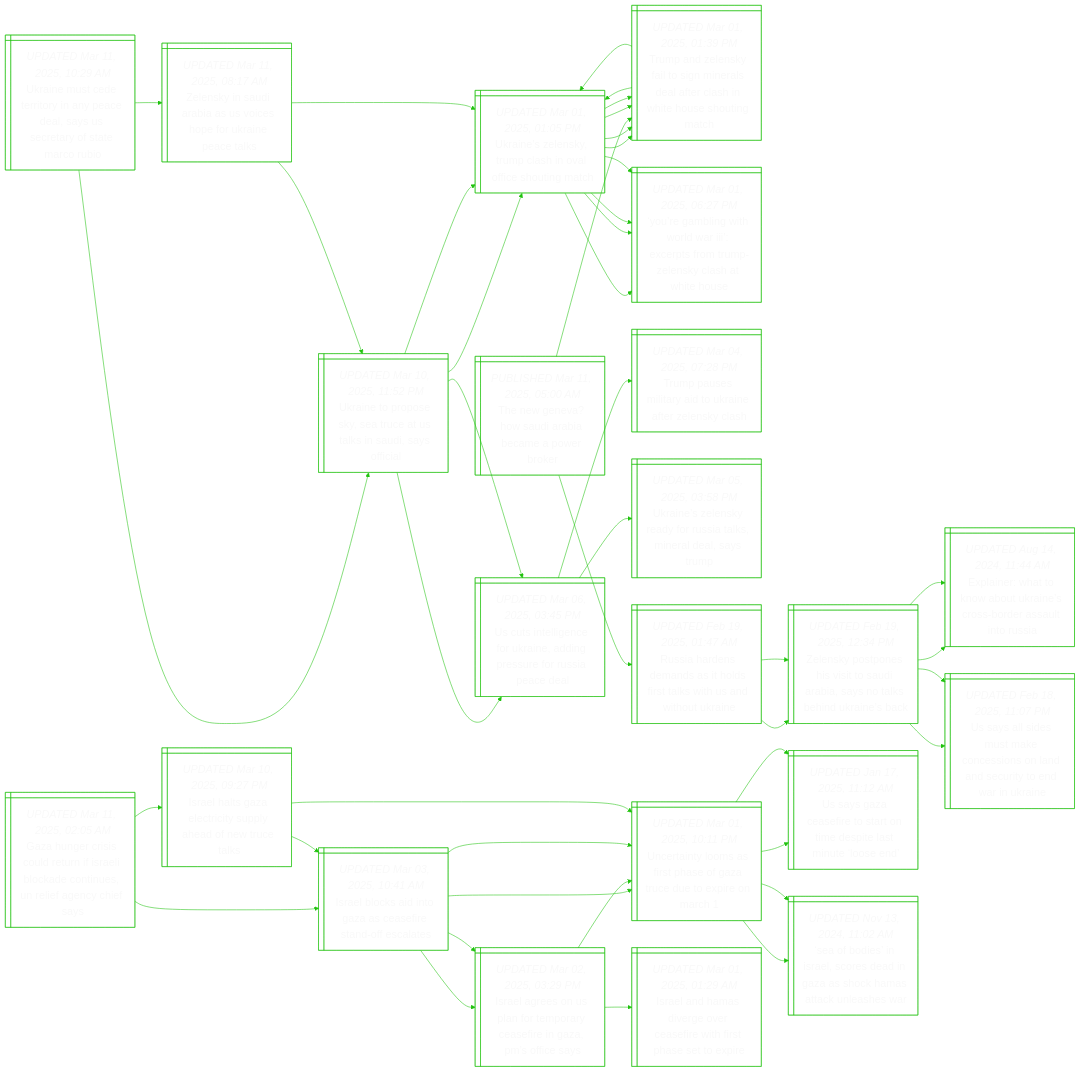
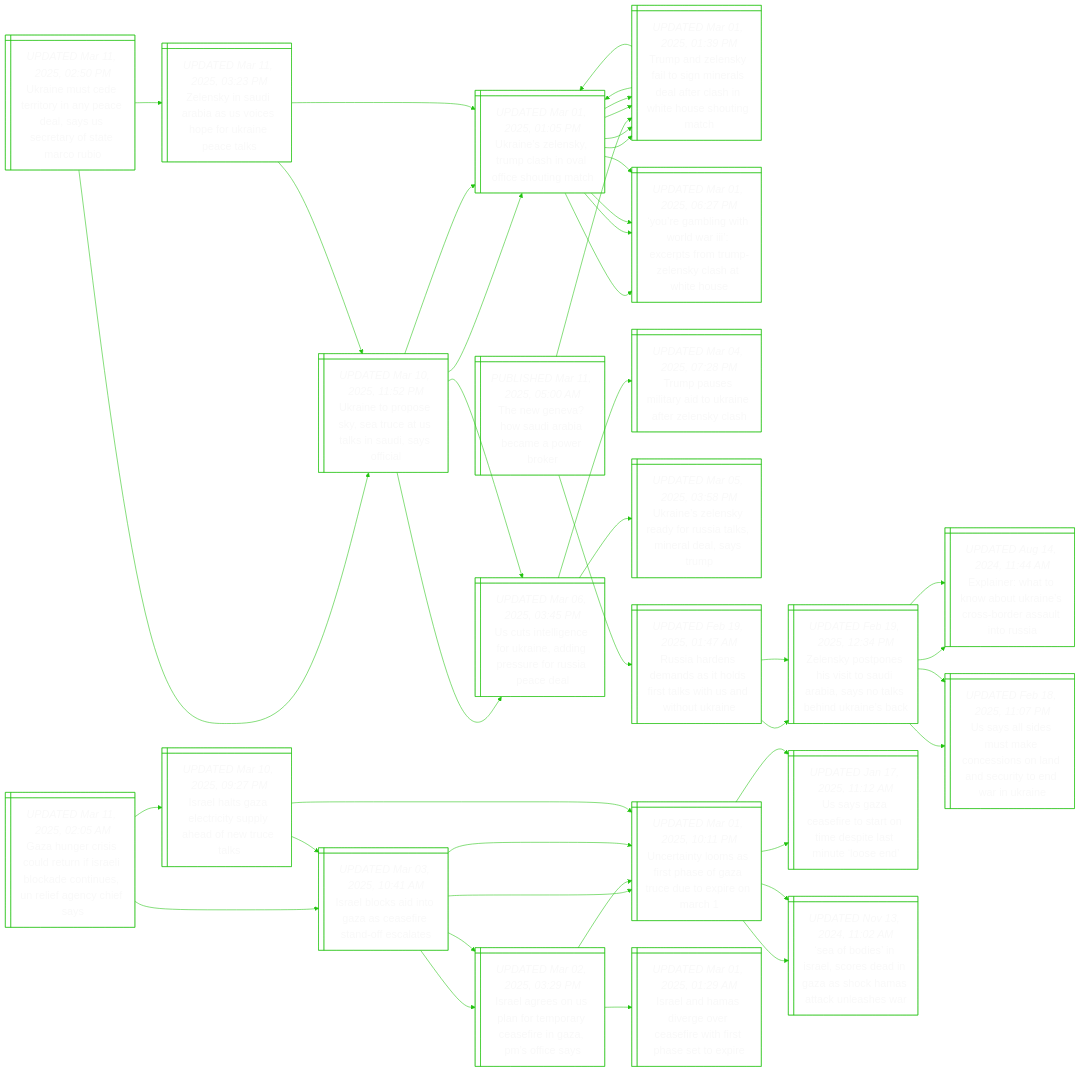
The diagram in README.md (notJmes/notJmes), drawn with Mermaid before and after one commit. The commit also changed other lines of this file, not shown here.

```diff
--- a/README.md
+++ b/README.md
@@ -16,7 +16,7 @@
 flowchart LR
 classDef txtsize font-size:20px;
 
-UntttneeyeaSMR@{ shape: win-pane, label: "_UPDATED Mar 11, 2025, 10:29 AM_
+UntttneeyeaSMR@{ shape: win-pane, label: "_UPDATED Mar 11, 2025, 02:50 PM_
 Ukraine must cede territory in any peace deal, says us secretary of state marco rubio" }
 UnreecSsuyi@{ shape: win-pane, label: "_UPDATED Mar 10, 2025, 11:52 PM_
 Ukraine to propose sky, sea truce at us talks in saudi, says official" }
@@ -32,7 +32,7 @@
 Trump pauses military aid to ukraine after zelensky clash" }
 UnlyyutmalT@{ shape: win-pane, label: "_UPDATED Mar 05, 2025, 03:58 PM_
 Ukraine’s zelensky ready for russia talks, mineral deal, says trump" }
-ZsSAavsfrpt@{ shape: win-pane, label: "_UPDATED Mar 11, 2025, 08:17 AM_
+ZsSAavsfrpt@{ shape: win-pane, label: "_UPDATED Mar 11, 2025, 03:23 PM_
 Zelensky in saudi arabia as us voices hope for ukraine peace talks" }
 UnreecSsuyi@{ shape: win-pane, label: "_UPDATED Mar 10, 2025, 11:52 PM_
 Ukraine to propose sky, sea truce at us talks in saudi, says official" }
```
